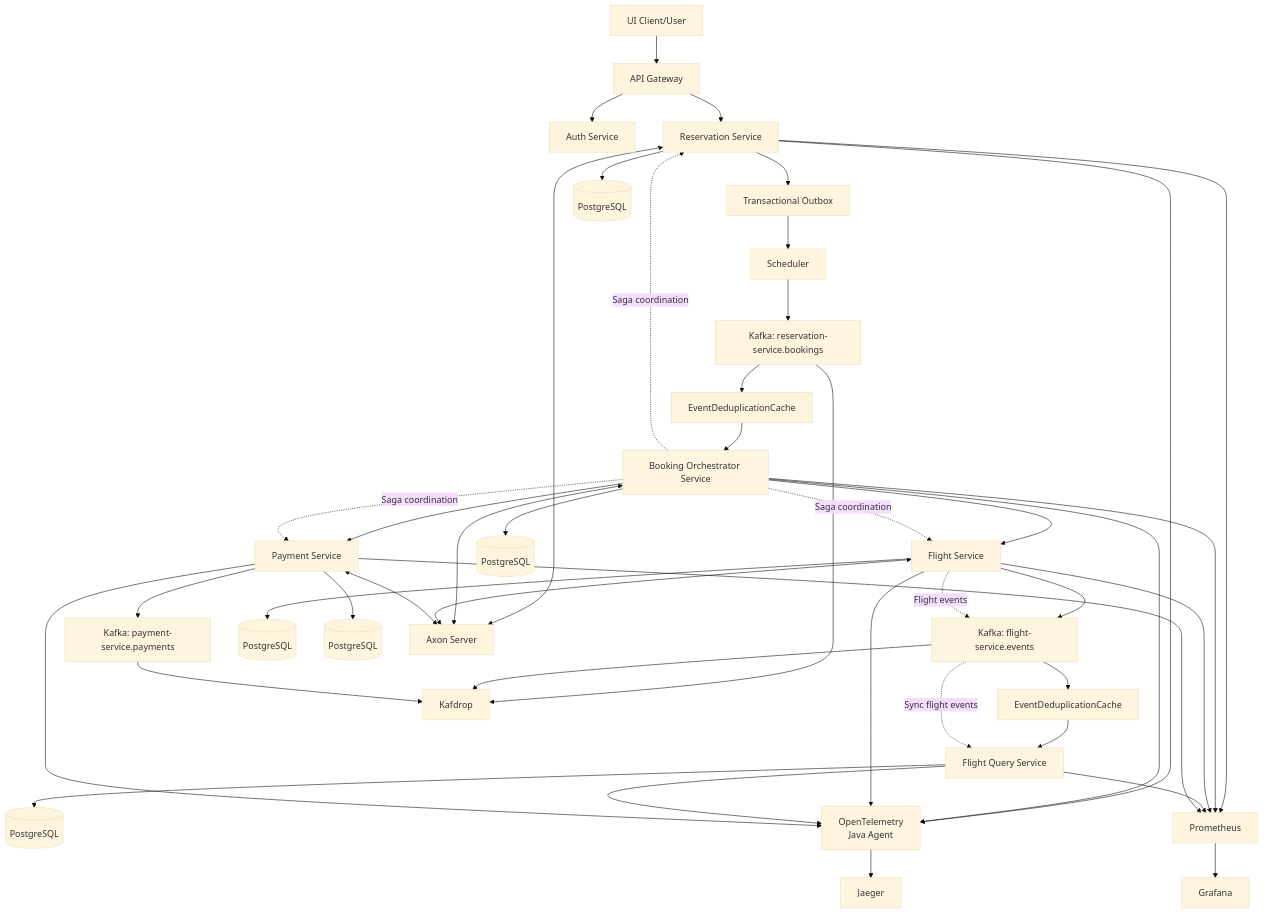
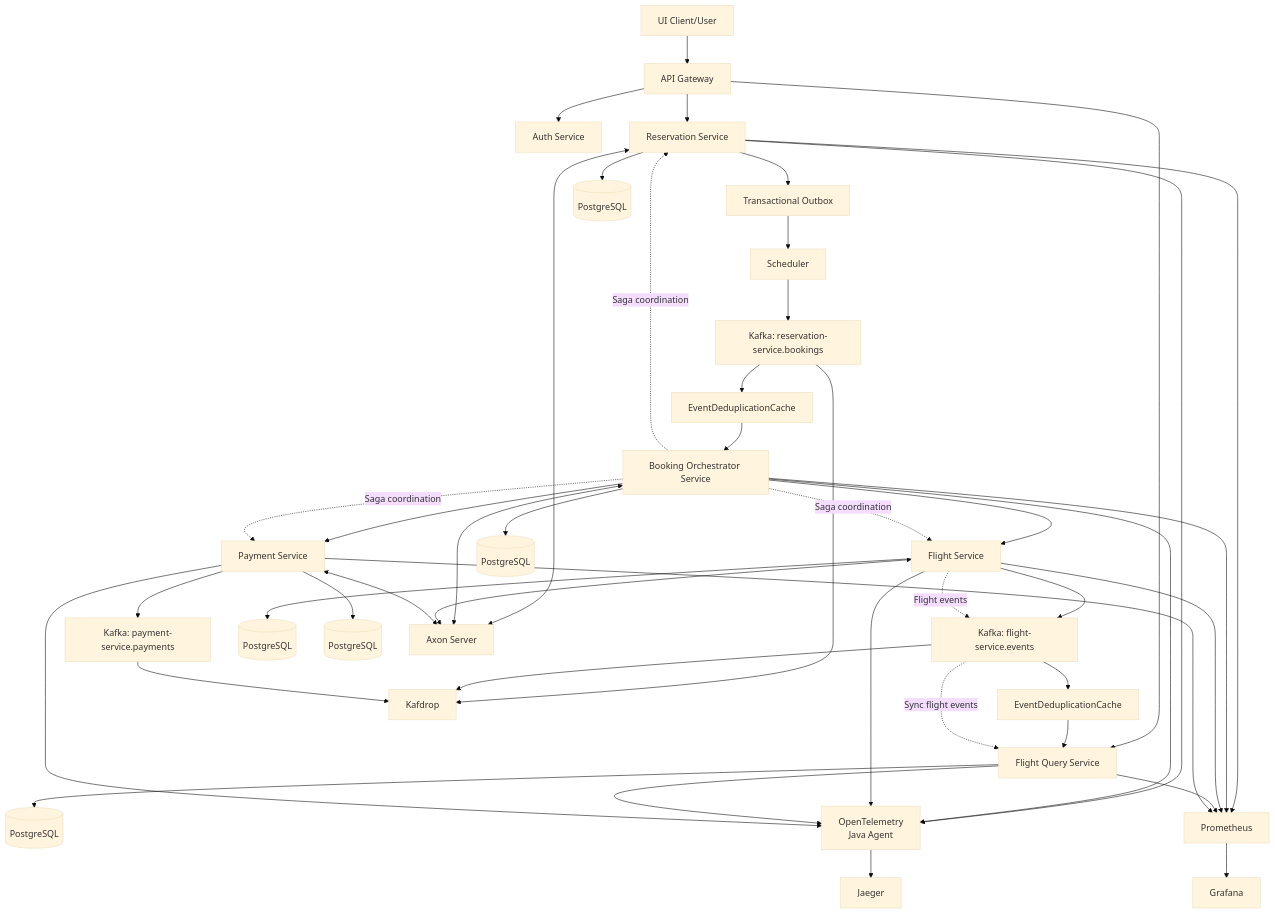
Before and after one commit to vstebletsov89/spring-boot-microservices-saga: the diagram in design.mmd, drawn with Mermaid (base theme). The commit also changed 1 other file, not shown here.

```diff
--- a/design.mmd
+++ b/design.mmd
@@ -1,65 +1,66 @@
 graph TD
 UI[UI Client/User] --> GW[API Gateway]
 
 GW --> AUTH[Auth Service]
 GW --> RES[Reservation Service]
+GW --> FQ[Flight Query Service]
 
 RES --> TOB[Transactional Outbox]
 TOB --> SCH[Scheduler]
 
 SCH --> KAFKA_RES_TOPIC[Kafka: reservation-service.bookings]
 KAFKA_RES_TOPIC --> EDC1[EventDeduplicationCache]
 EDC1 --> ORC[Booking Orchestrator Service]
 
 ORC --> FLIGHT[Flight Service]
 ORC --> PAY[Payment Service]
 
 FLIGHT --> KAFKA_FLIGHT_TOPIC[Kafka: flight-service.events]
 KAFKA_FLIGHT_TOPIC --> EDC2[EventDeduplicationCache]
-EDC2 --> FQ[Flight Query Service]
+EDC2 --> FQ
 
 PAY --> KAFKA_PAYMENT_TOPIC[Kafka: payment-service.payments]
 
 %% Databases
 RES --> PGRES[(PostgreSQL)]
 ORC --> PGBOOK[(PostgreSQL)]
 FLIGHT --> PGFLIGHT[(PostgreSQL)]
 FQ --> PGQUERY[(PostgreSQL)]
 PAY --> PGPAY[(PostgreSQL)]
 
 %% Axon Server
 RES <--> AXON[Axon Server]
 ORC <--> AXON
 FLIGHT <--> AXON
 PAY <--> AXON
 
 %% Tracing
 RES --> OTEL[OpenTelemetry<br/>Java Agent]
 ORC --> OTEL
 FLIGHT --> OTEL
 FQ --> OTEL
 PAY --> OTEL
 
 %% Monitoring
 RES --> PROM[Prometheus]
 ORC --> PROM
 FLIGHT --> PROM
 FQ --> PROM
 PAY --> PROM
 PROM --> GRAF[Grafana]
 
 OTEL --> JAEGER[Jaeger]
 
 %% Kafka UI
 KAFKA_RES_TOPIC     --> KAFDROP[Kafdrop]
 KAFKA_FLIGHT_TOPIC  --> KAFDROP
 KAFKA_PAYMENT_TOPIC --> KAFDROP
 
 %% Saga Pattern
 ORC -.->|Saga coordination| FLIGHT
 ORC -.->|Saga coordination| PAY
 ORC -.->|Saga coordination| RES
 
 %% Event Flow
 FLIGHT -.->|Flight events| KAFKA_FLIGHT_TOPIC
 KAFKA_FLIGHT_TOPIC -.->|Sync flight events| FQ
```
